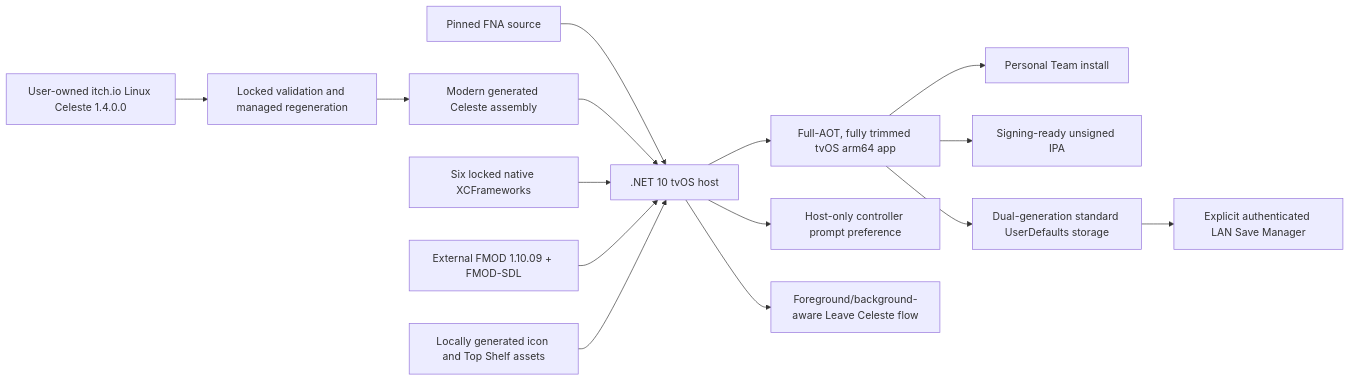
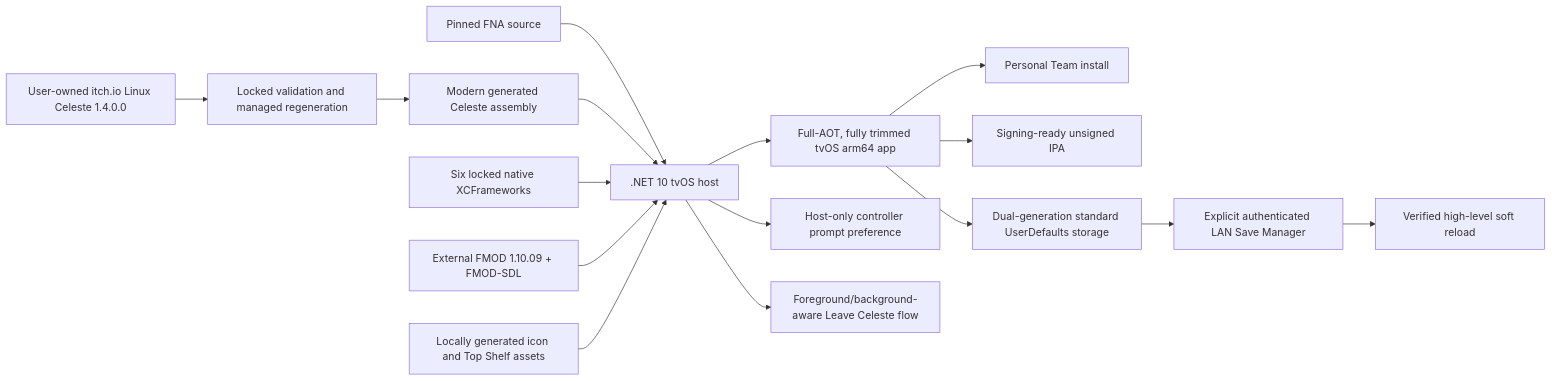
The diagram in docs/STATUS.md (hmcneill46/celeste-ios), drawn with Mermaid before and after one commit. The commit also changed other lines of this file and 24 other files, not shown here.

````diff
--- a/docs/STATUS.md
+++ b/docs/STATUS.md
@@ -31,17 +31,18 @@
 ```mermaid
 flowchart LR
     U["User-owned itch.io Linux Celeste 1.4.0.0"] --> G["Locked validation and managed regeneration"]
     G --> C["Modern generated Celeste assembly"]
     F["Pinned FNA source"] --> H[".NET 10 tvOS host"]
     C --> H
     N["Six locked native XCFrameworks"] --> H
     M["External FMOD 1.10.09 + FMOD-SDL"] --> H
     A["Locally generated icon and Top Shelf assets"] --> H
     H --> P["Full-AOT, fully trimmed tvOS arm64 app"]
     P --> D["Personal Team install"]
     P --> I["Signing-ready unsigned IPA"]
     P --> S["Dual-generation standard UserDefaults storage"]
     S --> W["Explicit authenticated LAN Save Manager"]
+    W --> R["Verified high-level soft reload"]
     H --> B["Host-only controller prompt preference"]
     H --> Q["Foreground/background-aware Leave Celeste flow"]
 ```
````
